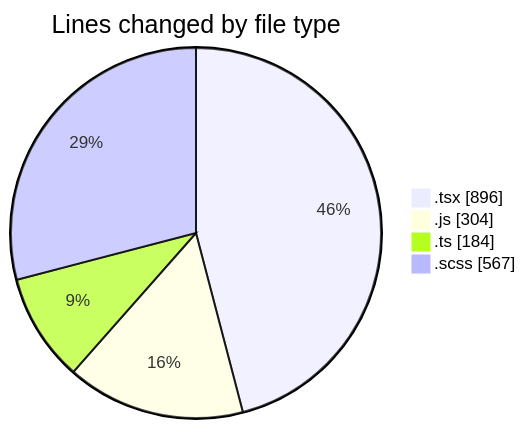
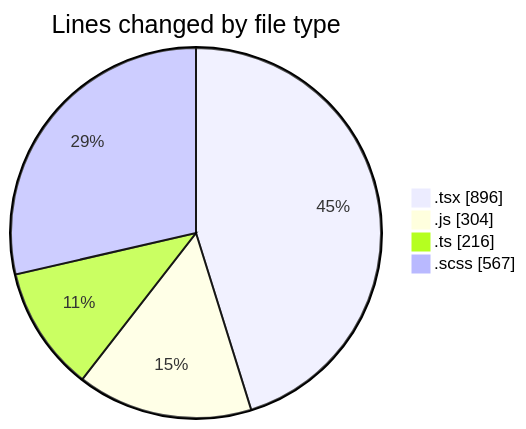
One commit to momahboobian/code-tracking changed the first of 2 diagrams in 2025-02-26/cda/README.md. Above: the diagram before and after it, drawn with Mermaid. The commit also changed other lines of this file and 1 other file, not shown here.

````diff
--- a/2025-02-26/cda/README.md
+++ b/2025-02-26/cda/README.md
@@ -37,8 +38,8 @@
 ```mermaid
 pie showData
 title Lines changed by file type
 ".tsx" : 896
 ".js" : 304
-".ts" : 184
+".ts" : 216
 ".scss" : 567
 ```
````
